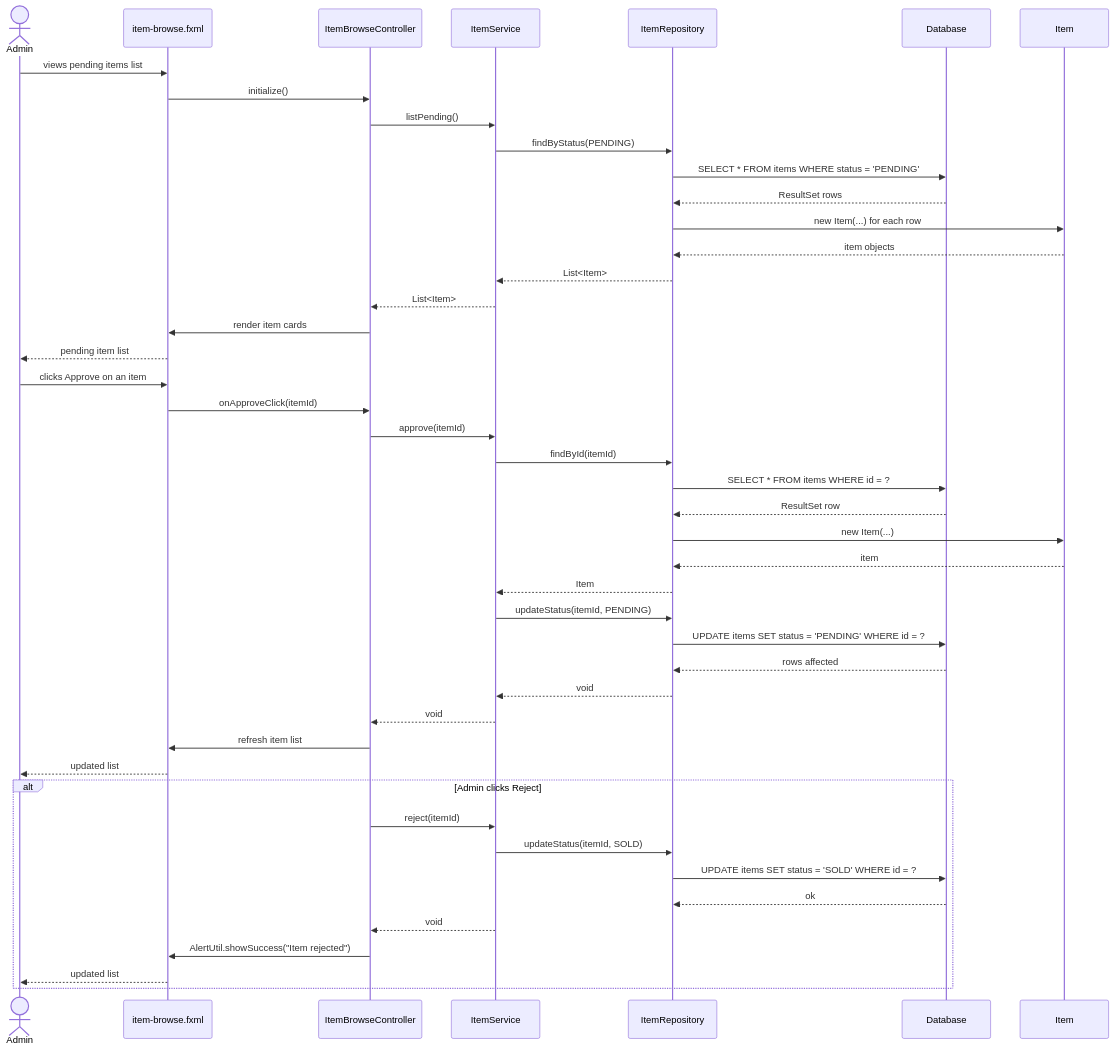
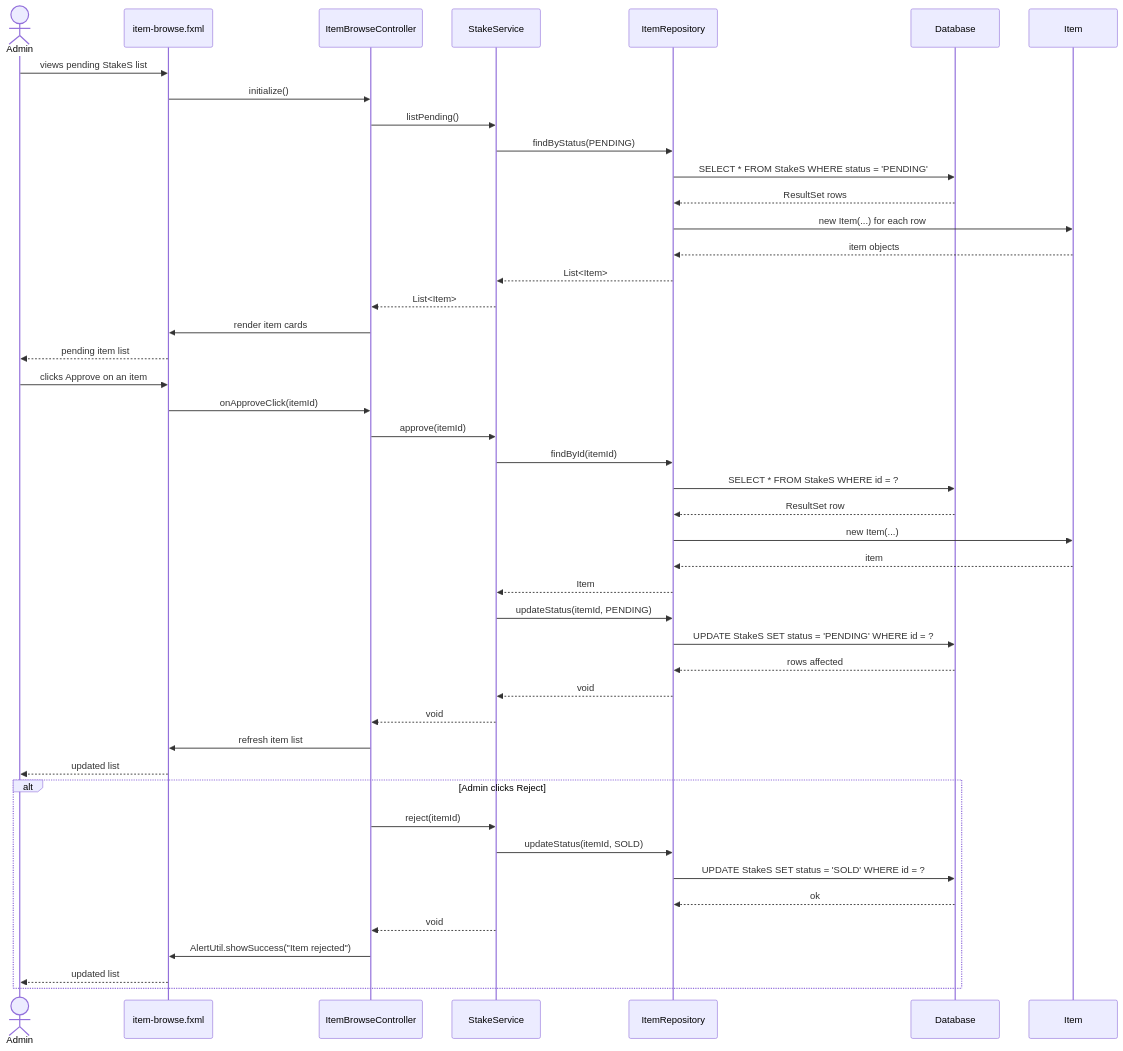
The fourth of 16 diagrams in docs/SEQUENCE_DIAGRAMS.md (dung581/HeThongDauGia), drawn with Mermaid before and after one commit. The commit also changed other lines of this file and 26 other files, not shown here.

Commit message:
itemService (#22)

````diff
--- a/docs/SEQUENCE_DIAGRAMS.md
+++ b/docs/SEQUENCE_DIAGRAMS.md
@@ -181,54 +181,54 @@
 ```mermaid
 sequenceDiagram
     actor Admin
     participant View as item-browse.fxml
     participant Controller as ItemBrowseController
-    participant Service as ItemService
+    participant Service as StakeService
     participant Repo as ItemRepository
     participant DB as Database
     participant Entity as Item
 
-    Admin->>View: views pending items list
+    Admin->>View: views pending StakeS list
     View->>Controller: initialize()
     Controller->>Service: listPending()
     Service->>Repo: findByStatus(PENDING)
-    Repo->>DB: SELECT * FROM items WHERE status = 'PENDING'
+    Repo->>DB: SELECT * FROM StakeS WHERE status = 'PENDING'
     DB-->>Repo: ResultSet rows
     Repo->>Entity: new Item(...) for each row
     Entity-->>Repo: item objects
     Repo-->>Service: List<Item>
     Service-->>Controller: List<Item>
     Controller->>View: render item cards
     View-->>Admin: pending item list
 
     Admin->>View: clicks Approve on an item
 
     View->>Controller: onApproveClick(itemId)
     Controller->>Service: approve(itemId)
 
     Service->>Repo: findById(itemId)
-    Repo->>DB: SELECT * FROM items WHERE id = ?
+    Repo->>DB: SELECT * FROM StakeS WHERE id = ?
     DB-->>Repo: ResultSet row
     Repo->>Entity: new Item(...)
     Entity-->>Repo: item
     Repo-->>Service: Item
 
     Service->>Repo: updateStatus(itemId, PENDING)
-    Repo->>DB: UPDATE items SET status = 'PENDING' WHERE id = ?
+    Repo->>DB: UPDATE StakeS SET status = 'PENDING' WHERE id = ?
     DB-->>Repo: rows affected
     Repo-->>Service: void
 
     Service-->>Controller: void
     Controller->>View: refresh item list
     View-->>Admin: updated list
 
     alt Admin clicks Reject
         Controller->>Service: reject(itemId)
         Service->>Repo: updateStatus(itemId, SOLD)
-        Repo->>DB: UPDATE items SET status = 'SOLD' WHERE id = ?
+        Repo->>DB: UPDATE StakeS SET status = 'SOLD' WHERE id = ?
         DB-->>Repo: ok
         Service-->>Controller: void
         Controller->>View: AlertUtil.showSuccess("Item rejected")
         View-->>Admin: updated list
     end
 ```
````
